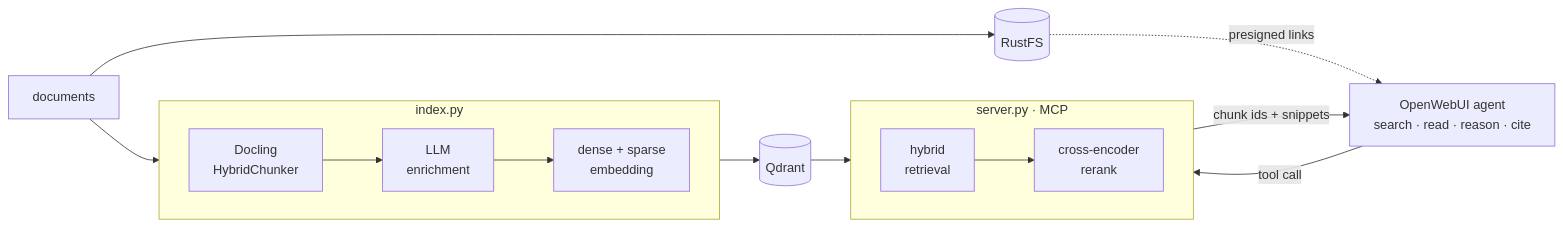
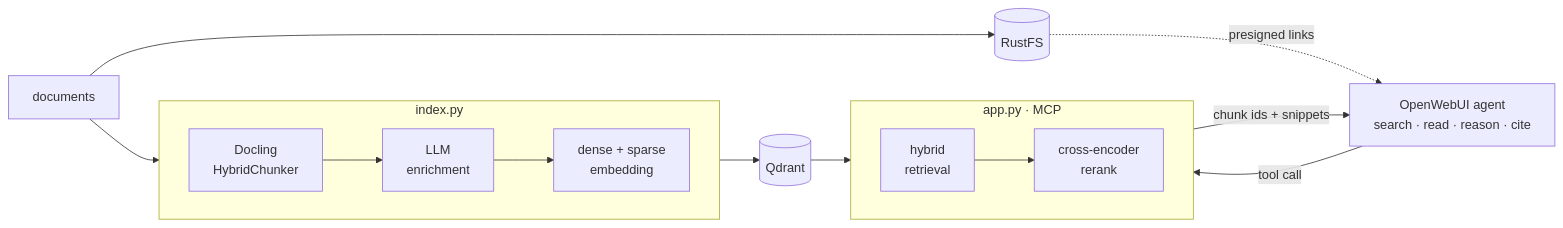
Before and after one commit to Th3R3alDuk3/Aragog: the diagram in README.md, drawn with Mermaid. The commit also changed other lines of this file and 20 other files, not shown here.

````diff
--- a/README.md
+++ b/README.md
@@ -30,24 +31,24 @@
 ```mermaid
 flowchart LR
     DOC[documents]
 
     subgraph idx ["index.py"]
         direction LR
         CHUNK["Docling<br/>HybridChunker"] --> ENRICH["LLM<br/>enrichment"] --> EMBED["dense + sparse<br/>embedding"]
     end
 
-    subgraph srv ["server.py · MCP"]
+    subgraph srv ["app.py · MCP"]
         direction LR
         RETRIEVE["hybrid<br/>retrieval"] --> RERANK["cross-encoder<br/>rerank"]
     end
 
     AGENT["OpenWebUI agent<br/>search · read · reason · cite"]
 
     DOC --> CHUNK
     DOC --> RUSTFS[("RustFS")]
     EMBED --> QDRANT[("Qdrant")]
     QDRANT --> RETRIEVE
     AGENT -- "tool call" --> RETRIEVE
     RERANK -- "chunk ids + snippets" --> AGENT
     RUSTFS -. "presigned links" .-> AGENT
 ```
````
